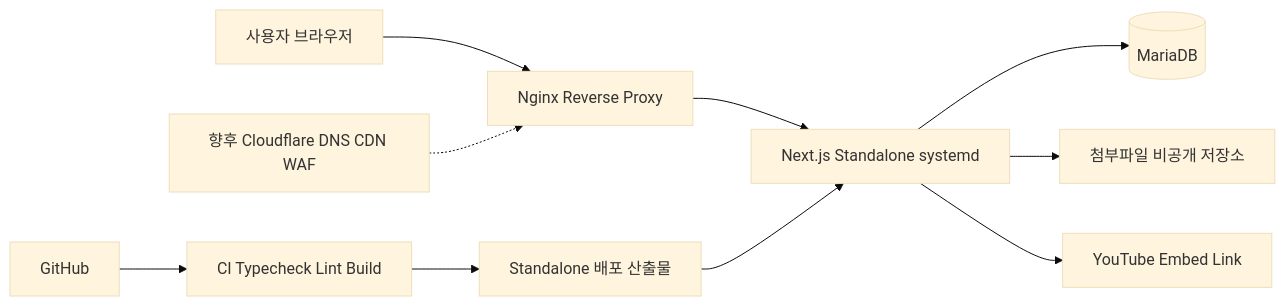
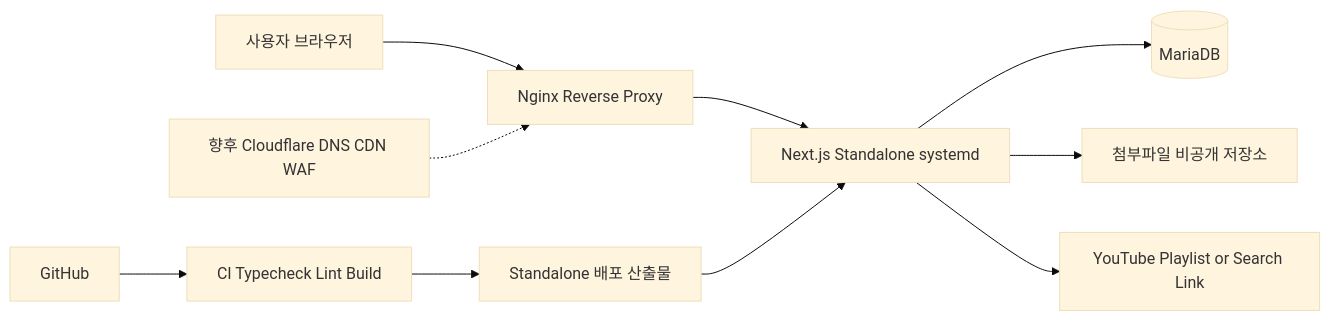
Before and after one commit to kyuky920/fchinac: the first of 3 diagrams in docs/system-design.md, drawn with Mermaid (base theme). The commit also changed other lines of this file and 11 other files, not shown here.

Commit message:
Link lecture courses directly to YouTube

````diff
--- a/docs/system-design.md
+++ b/docs/system-design.md
@@ -13,12 +13,12 @@
 ```mermaid
 flowchart LR
     U[사용자 브라우저] --> NX[Nginx Reverse Proxy]
     CF[향후 Cloudflare DNS CDN WAF] -.-> NX
     NX --> APP[Next.js Standalone systemd]
     APP --> DB[(MariaDB)]
     APP --> FS[첨부파일 비공개 저장소]
-    APP --> YT[YouTube Embed Link]
+    APP --> YT[YouTube Playlist or Search Link]
     GH[GitHub] --> CI[CI Typecheck Lint Build]
     CI --> ART[Standalone 배포 산출물]
     ART --> APP
 ```
````
